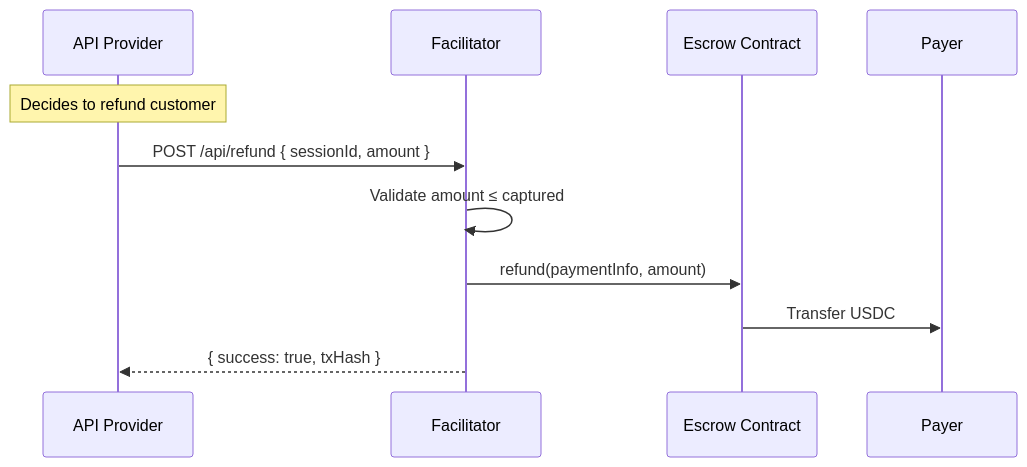
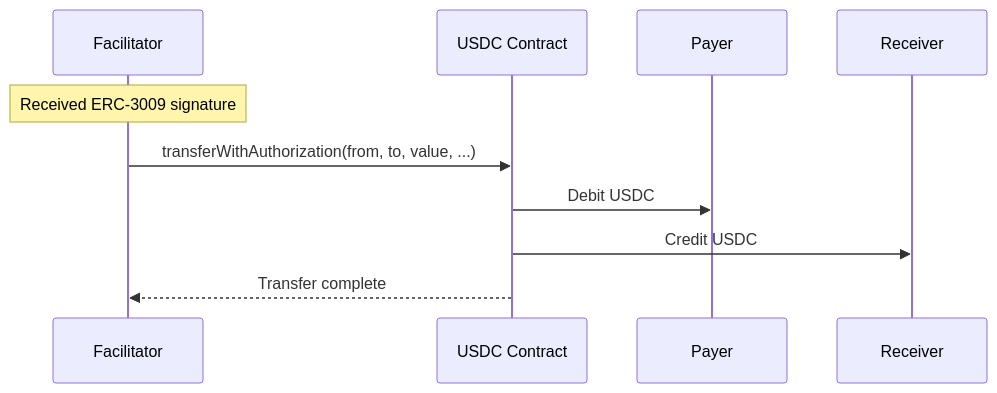
Before and after one commit to Agentokratia/docs: the second of 3 diagrams in x402/concepts/settlement.mdx, drawn with Mermaid. The commit also changed other lines of this file and 7 other files, not shown here.

````diff
--- a/x402/concepts/settlement.mdx
+++ b/x402/concepts/settlement.mdx
@@ -276,14 +60,13 @@
 ```mermaid
 sequenceDiagram
-    participant Receiver as API Provider
     participant Facilitator
-    participant Contract as Escrow Contract
-    participant User as Payer
+    participant USDC Contract
+    participant Payer
+    participant Receiver
 
-    Note over Receiver: Decides to refund customer
-    Receiver->>Facilitator: POST /api/refund { sessionId, amount }
-    Facilitator->>Facilitator: Validate amount ≤ captured
-    Facilitator->>Contract: refund(paymentInfo, amount)
-    Contract->>User: Transfer USDC
-    Facilitator-->>Receiver: { success: true, txHash }
+    Note over Facilitator: Received ERC-3009 signature
+    Facilitator->>USDC Contract: transferWithAuthorization(from, to, value, ...)
+    USDC Contract->>Payer: Debit USDC
+    USDC Contract->>Receiver: Credit USDC
+    USDC Contract-->>Facilitator: Transfer complete
 ```
````
